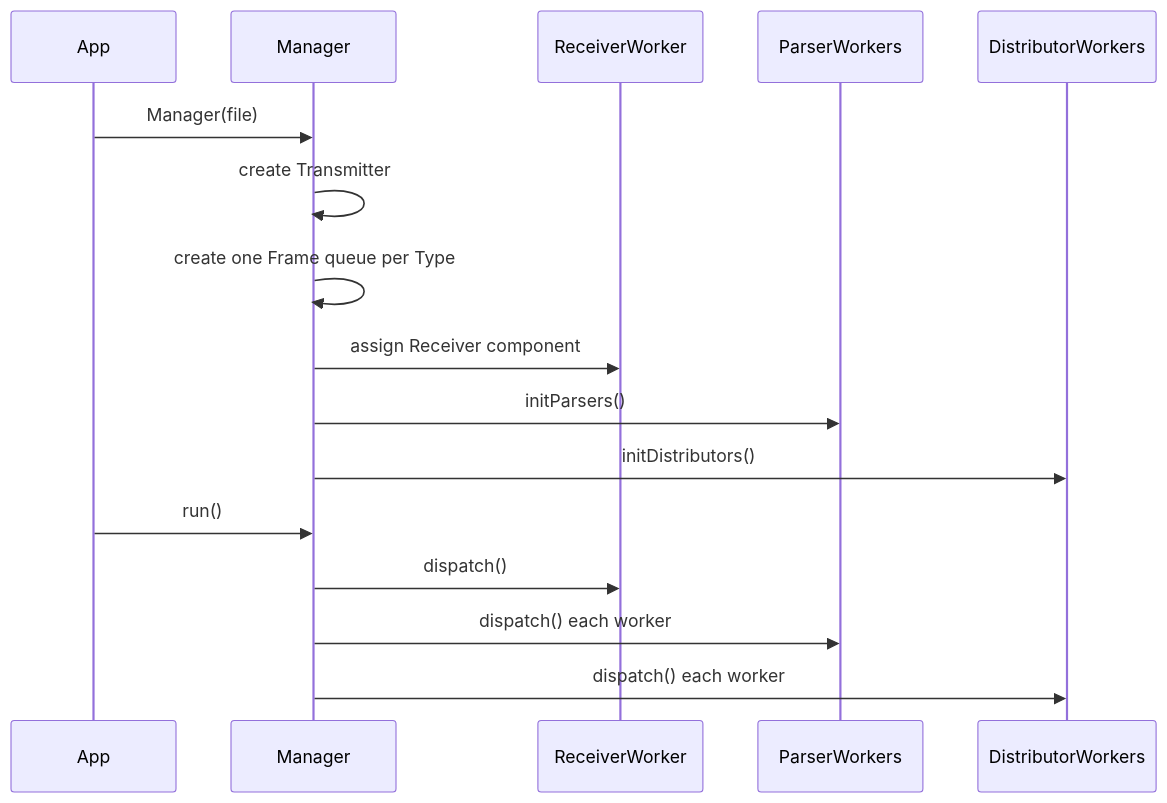
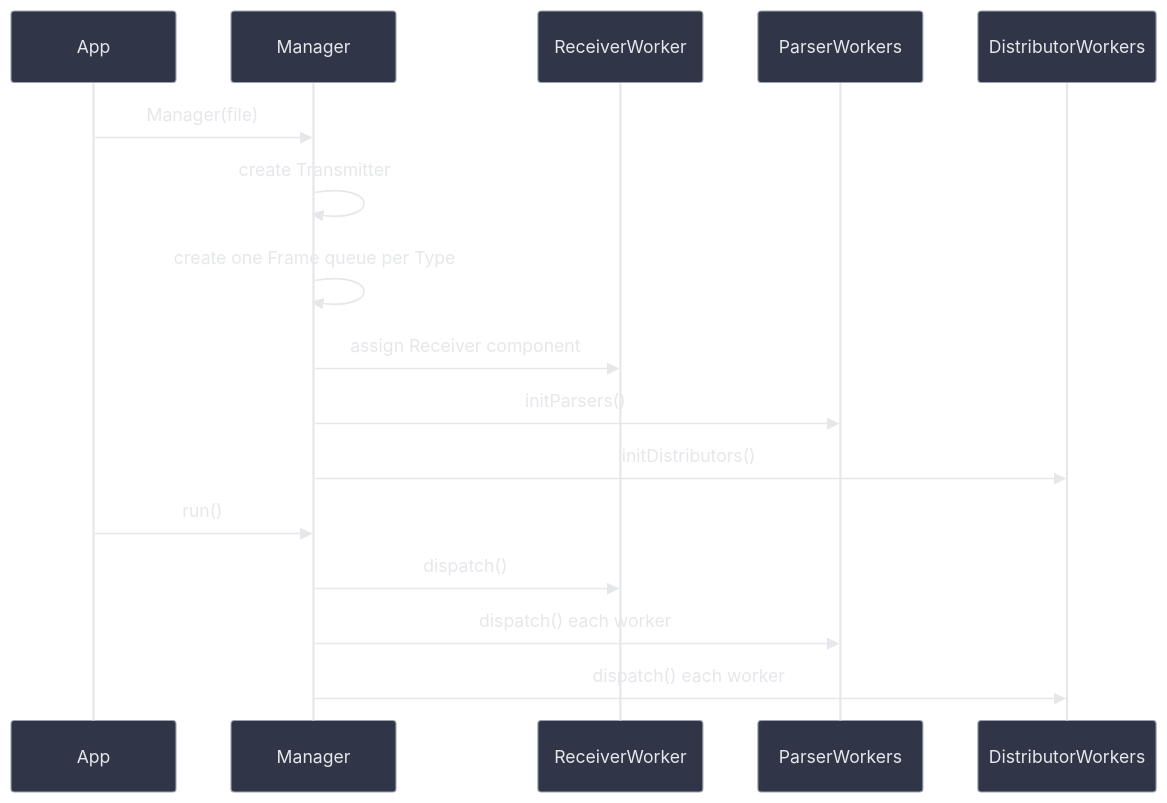
The third of 3 diagrams in docs/architecture.md (kei185/my-plot), drawn with Mermaid before and after one commit. The commit also changed other lines of this file and 8 other files, not shown here.

````diff
--- a/docs/architecture.md
+++ b/docs/architecture.md
@@ -142,19 +149,20 @@
 ```mermaid
+%%{init: {"theme": "base", "themeVariables": {"darkMode": true, "background": "#1F2230", "primaryColor": "#303648", "primaryTextColor": "#E5E7EB", "primaryBorderColor": "#9CA3AF", "lineColor": "#E5E7EB", "textColor": "#E5E7EB", "actorLineColor": "#E5E7EB", "signalColor": "#E5E7EB", "signalTextColor": "#E5E7EB"}}}%%
 sequenceDiagram
     participant App
     participant Manager
     participant ReceiverWorker
     participant ParserWorkers
     participant DistributorWorkers
 
     App->>Manager: Manager(file)
     Manager->>Manager: create Transmitter
     Manager->>Manager: create one Frame queue per Type
     Manager->>ReceiverWorker: assign Receiver component
     Manager->>ParserWorkers: initParsers()
     Manager->>DistributorWorkers: initDistributors()
     App->>Manager: run()
     Manager->>ReceiverWorker: dispatch()
     Manager->>ParserWorkers: dispatch() each worker
     Manager->>DistributorWorkers: dispatch() each worker
 ```
````
